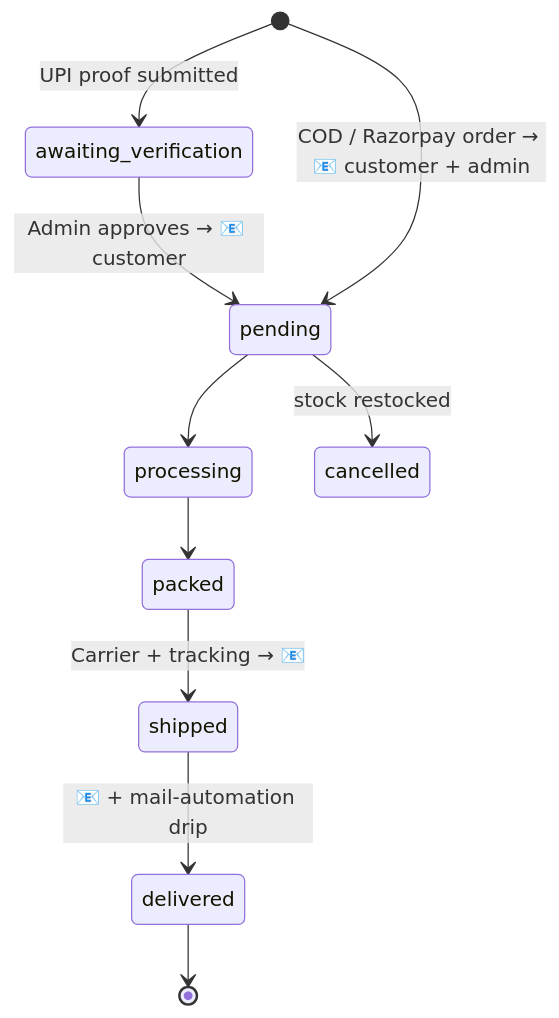
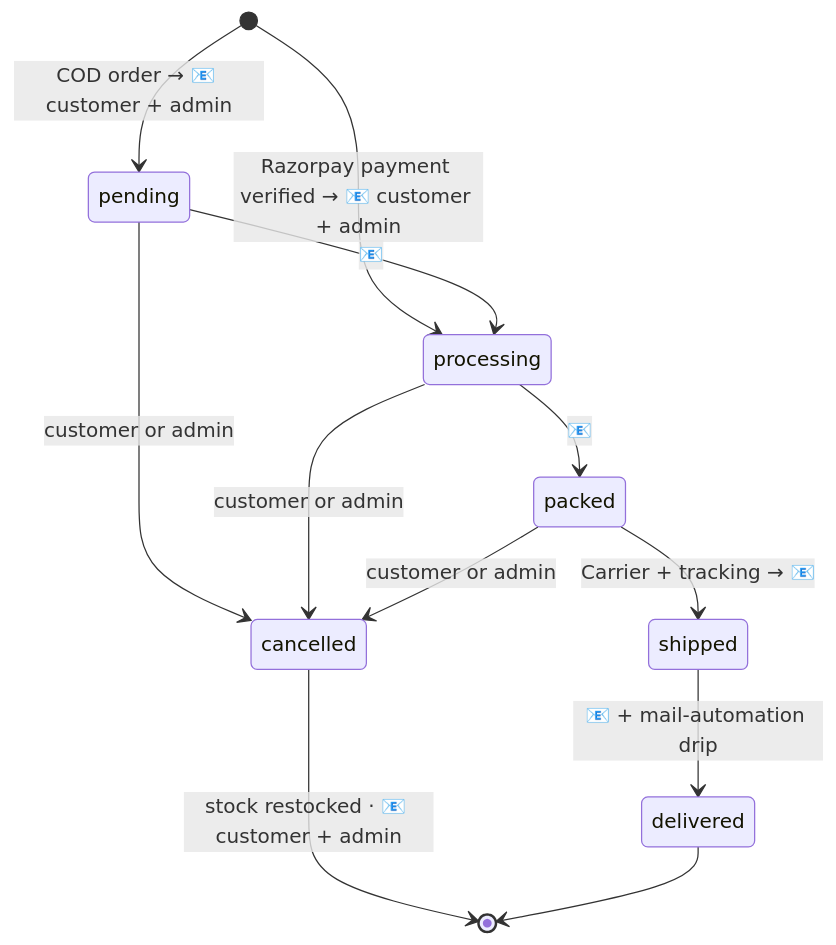
The third of 3 diagrams in README.md (anantha-ctrl/nutvalley), drawn with Mermaid before and after one commit. The commit also changed other lines of this file and 24 other files, not shown here.

````diff
--- a/README.md
+++ b/README.md
@@ -293,12 +323,14 @@
 ```mermaid
 stateDiagram-v2
-    [*] --> awaiting_verification: UPI proof submitted
-    awaiting_verification --> pending: Admin approves → 📧 customer
-    [*] --> pending: COD / Razorpay order → 📧 customer + admin
-    pending --> processing
-    processing --> packed
+    [*] --> pending: COD order → 📧 customer + admin
+    [*] --> processing: Razorpay payment verified → 📧 customer + admin
+    pending --> processing: 📧
+    processing --> packed: 📧
     packed --> shipped: Carrier + tracking → 📧
     shipped --> delivered: 📧 + mail-automation drip
-    pending --> cancelled: stock restocked
+    pending --> cancelled: customer or admin
+    processing --> cancelled: customer or admin
+    packed --> cancelled: customer or admin
+    cancelled --> [*]: stock restocked · 📧 customer + admin
     delivered --> [*]
 ```
````
